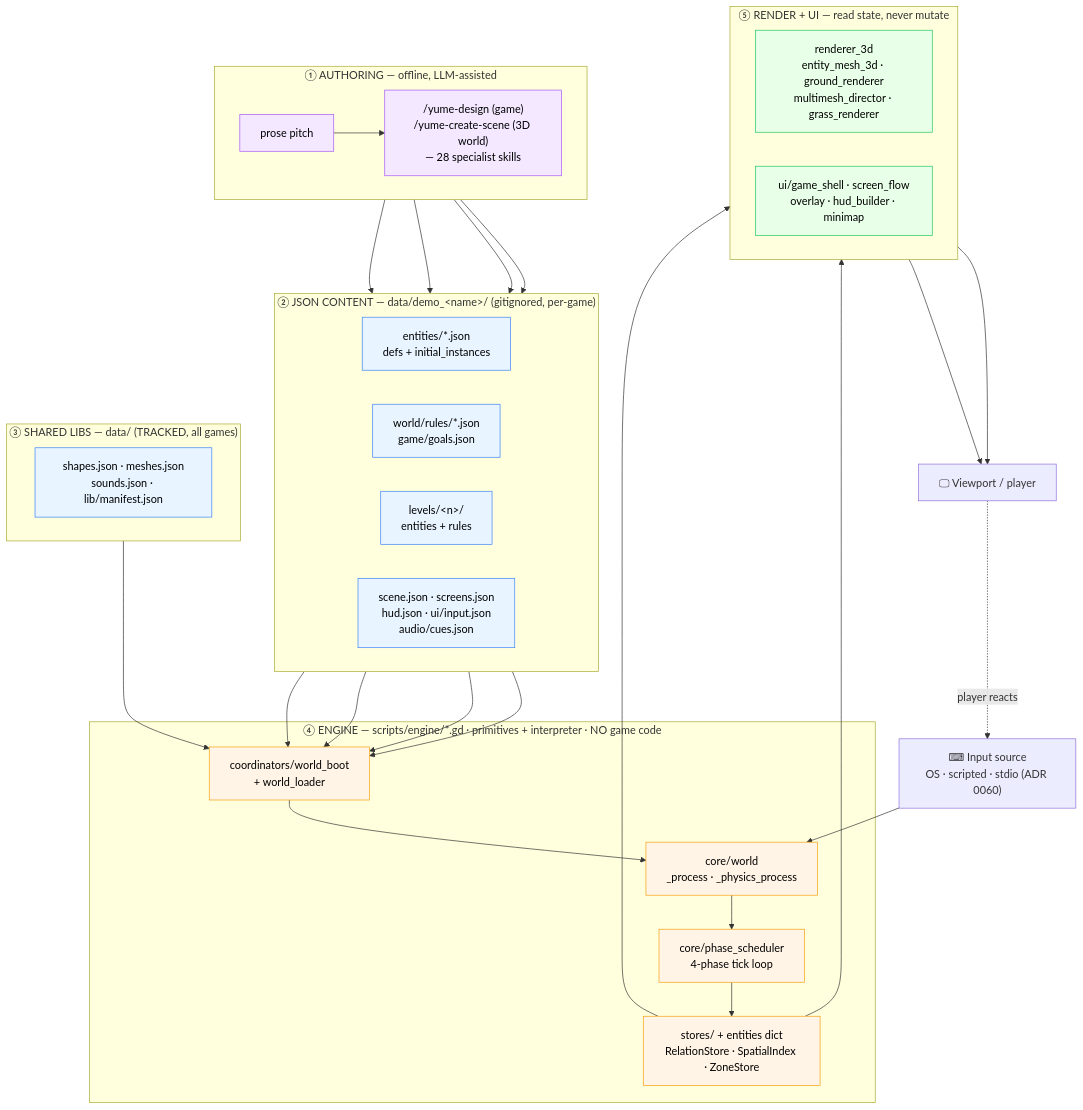
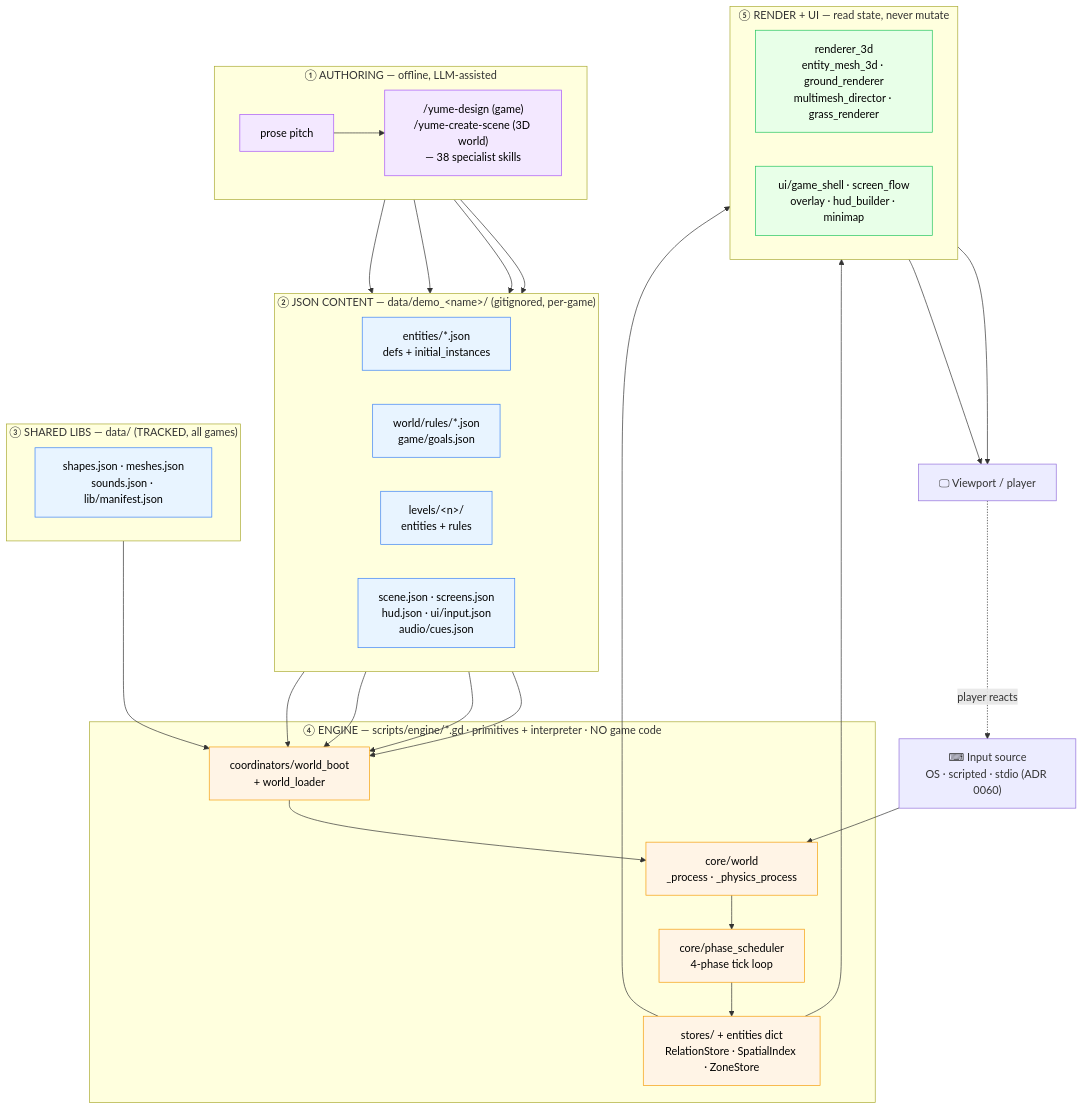
The third of 10 diagrams in docs/guideline/33_architecture.md (kamwoh/yume), drawn with Mermaid before and after one commit. The commit also changed 13 other files, not shown here.

````diff
--- a/docs/guideline/33_architecture.md
+++ b/docs/guideline/33_architecture.md
@@ -133,57 +133,57 @@
 ```mermaid
 flowchart TB
     subgraph AUTH["① AUTHORING — offline, LLM-assisted"]
         direction LR
         PITCH["prose pitch"]
-        SKILLS["/yume-design (game)<br/>/yume-create-scene (3D world)<br/>— 28 specialist skills"]
+        SKILLS["/yume-design (game)<br/>/yume-create-scene (3D world)<br/>— 38 specialist skills"]
         PITCH --> SKILLS
     end
 
     subgraph CONTENT["② JSON CONTENT — data/demo_&lt;name&gt;/ (gitignored, per-game)"]
         direction LR
         ENT["entities/*.json<br/>defs + initial_instances"]
         RULES["world/rules/*.json<br/>game/goals.json"]
         LEVELS["levels/&lt;n&gt;/<br/>entities + rules"]
         CFG["scene.json · screens.json<br/>hud.json · ui/input.json<br/>audio/cues.json"]
     end
 
     subgraph SHARED["③ SHARED LIBS — data/ (TRACKED, all games)"]
         direction LR
         LIBS["shapes.json · meshes.json<br/>sounds.json · lib/manifest.json"]
     end
 
     subgraph ENGINE["④ ENGINE — scripts/engine/*.gd · primitives + interpreter · NO game code"]
         BOOT["coordinators/world_boot<br/>+ world_loader"]
         WORLD["core/world<br/>_process · _physics_process"]
         SCHED["core/phase_scheduler<br/>4-phase tick loop"]
         STORES["stores/ + entities dict<br/>RelationStore · SpatialIndex · ZoneStore"]
     end
 
     subgraph RENDER["⑤ RENDER + UI — read state, never mutate"]
         direction LR
         R3D["renderer_3d<br/>entity_mesh_3d · ground_renderer<br/>multimesh_director · grass_renderer"]
         UI["ui/game_shell · screen_flow<br/>overlay · hud_builder · minimap"]
     end
 
     VIEW["🖵 Viewport / player"]
     INPUT["⌨ Input source<br/>OS · scripted · stdio (ADR 0060)"]
 
     SKILLS --> ENT & RULES & LEVELS & CFG
     ENT & RULES & LEVELS & CFG --> BOOT
     LIBS --> BOOT
     BOOT --> WORLD --> SCHED --> STORES
     STORES --> R3D & UI
     R3D --> VIEW
     UI --> VIEW
     INPUT --> WORLD
     VIEW -. player reacts .-> INPUT
 
     classDef c fill:#e8f4ff,stroke:#3b82f6,color:#000
     classDef e fill:#fff4e6,stroke:#f59e0b,color:#000
     classDef r fill:#e8ffe8,stroke:#22c55e,color:#000
     classDef a fill:#f3e8ff,stroke:#a855f7,color:#000
     class ENT,RULES,LEVELS,CFG,LIBS c
     class BOOT,WORLD,SCHED,STORES e
     class R3D,UI r
     class PITCH,SKILLS a
 ```
````
